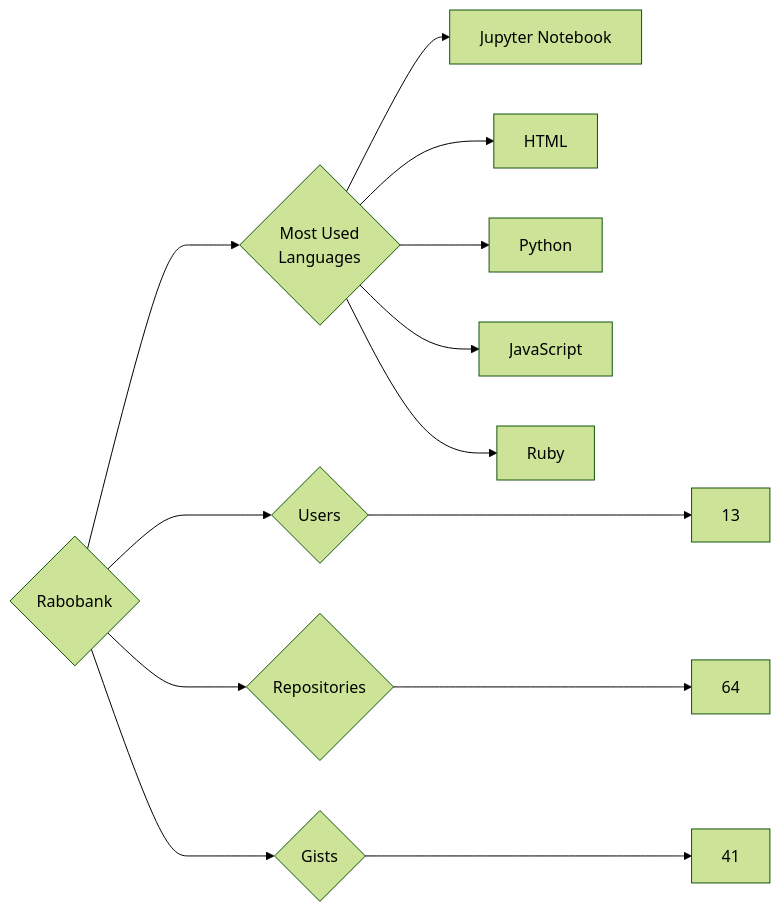
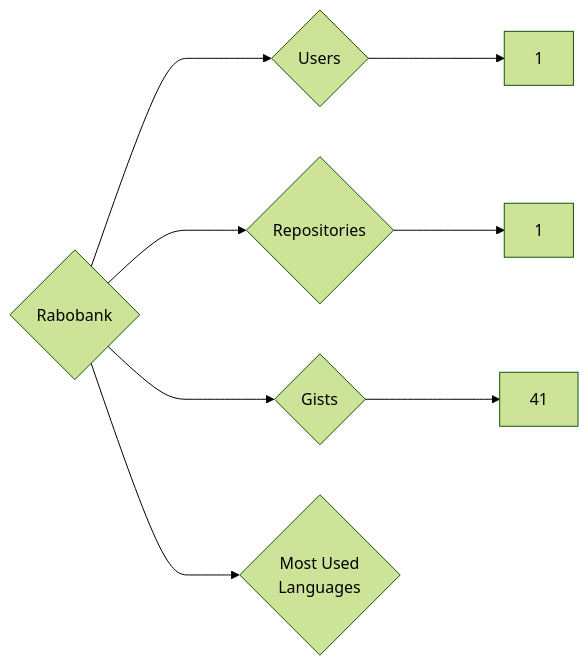
Before and after one commit to trickest/insiders: the diagram in targets/Rabobank/README.md, drawn with Mermaid (forest theme). The commit also changed 681 other files, not shown here.

````diff
--- a/targets/Rabobank/README.md
+++ b/targets/Rabobank/README.md
@@ -3,13 +3,8 @@
 ```mermaid
 graph LR
 COMPANY_NAME{Rabobank}
-COMPANY_NAME ---> U{Users} ---> UN[13]
-COMPANY_NAME ---> R{Repositories} ---> RN[64]
+COMPANY_NAME ---> U{Users} ---> UN[1]
+COMPANY_NAME ---> R{Repositories} ---> RN[1]
 COMPANY_NAME ---> G{Gists} ---> GN[41]
 COMPANY_NAME ---> ML{Most Used<br>Languages}
-ML --> Jupyter_Notebook[Jupyter Notebook]
-ML --> HTML[HTML]
-ML --> Python[Python]
-ML --> JavaScript[JavaScript]
-ML --> Ruby[Ruby]
 ```
````
